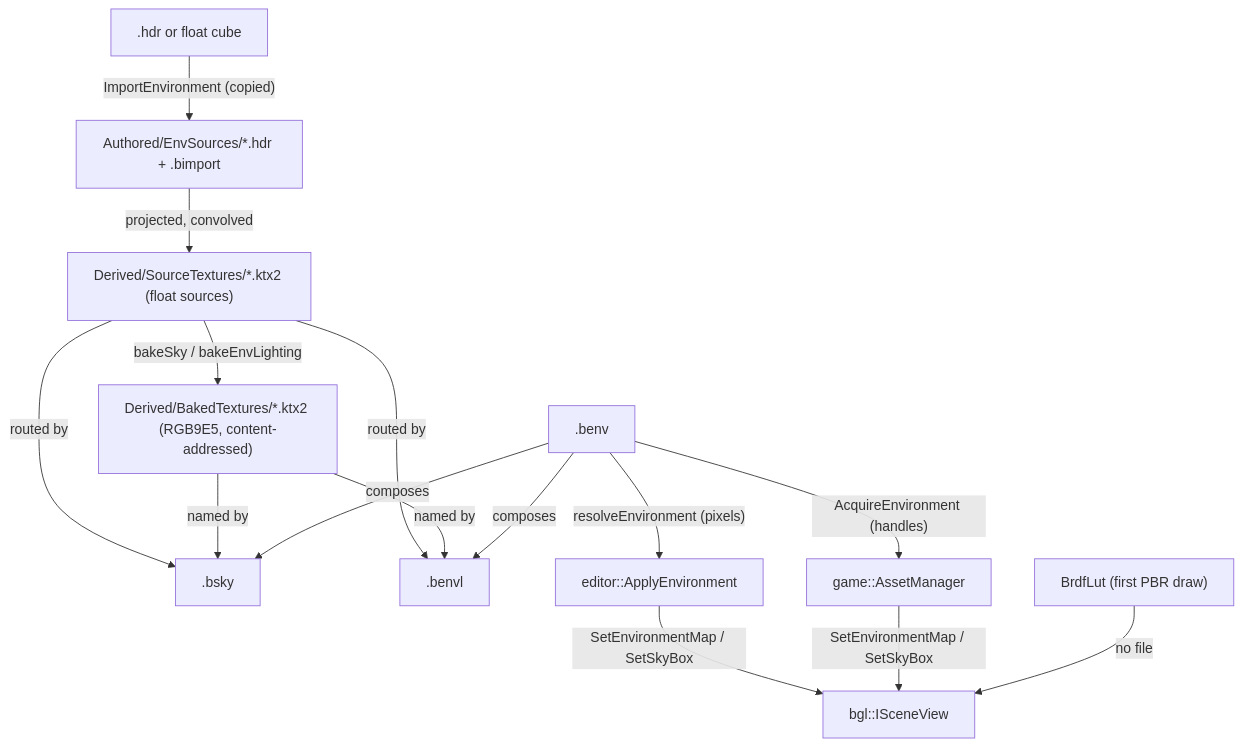
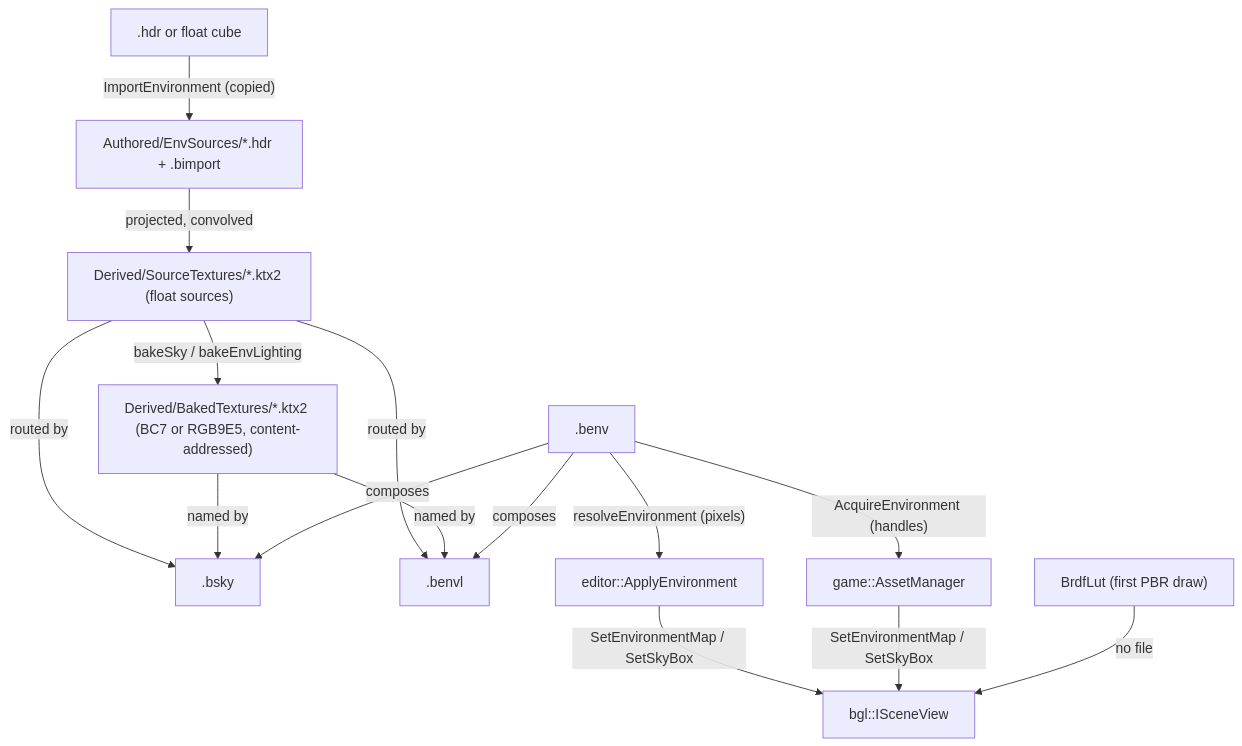
The diagram in docs/envmaps.md (alexjiang200407/bernini), drawn with Mermaid before and after one commit. The commit also changed other lines of this file and 7 other files, not shown here.

````diff
--- a/docs/envmaps.md
+++ b/docs/envmaps.md
@@ -106,21 +118,21 @@
 ```mermaid
 flowchart TD
     HDR[".hdr or float cube"] -- "ImportEnvironment (copied)" --> COPY["Authored/EnvSources/*.hdr + .bimport"]
     COPY -- "projected, convolved" --> SRC["Derived/SourceTextures/*.ktx2 (float sources)"]
-    SRC -- "bakeSky / bakeEnvLighting" --> BAKED["Derived/BakedTextures/*.ktx2 (RGB9E5, content-addressed)"]
+    SRC -- "bakeSky / bakeEnvLighting" --> BAKED["Derived/BakedTextures/*.ktx2 (BC7 or RGB9E5, content-addressed)"]
 
     SRC -- "routed by" --> BSKY[".bsky"]
     SRC -- "routed by" --> BENVL[".benvl"]
     BAKED -- "named by" --> BSKY
     BAKED -- "named by" --> BENVL
 
     BENV[".benv"] -- "composes" --> BSKY
     BENV -- "composes" --> BENVL
 
     BENV -- "resolveEnvironment (pixels)" --> EDITOR["editor::ApplyEnvironment"]
     BENV -- "AcquireEnvironment (handles)" --> GAME["game::AssetManager"]
 
     EDITOR -- "SetEnvironmentMap / SetSkyBox" --> VIEW["bgl::ISceneView"]
     GAME -- "SetEnvironmentMap / SetSkyBox" --> VIEW
     LUT["BrdfLut (first PBR draw)"] -- "no file" --> VIEW
 ```
````
